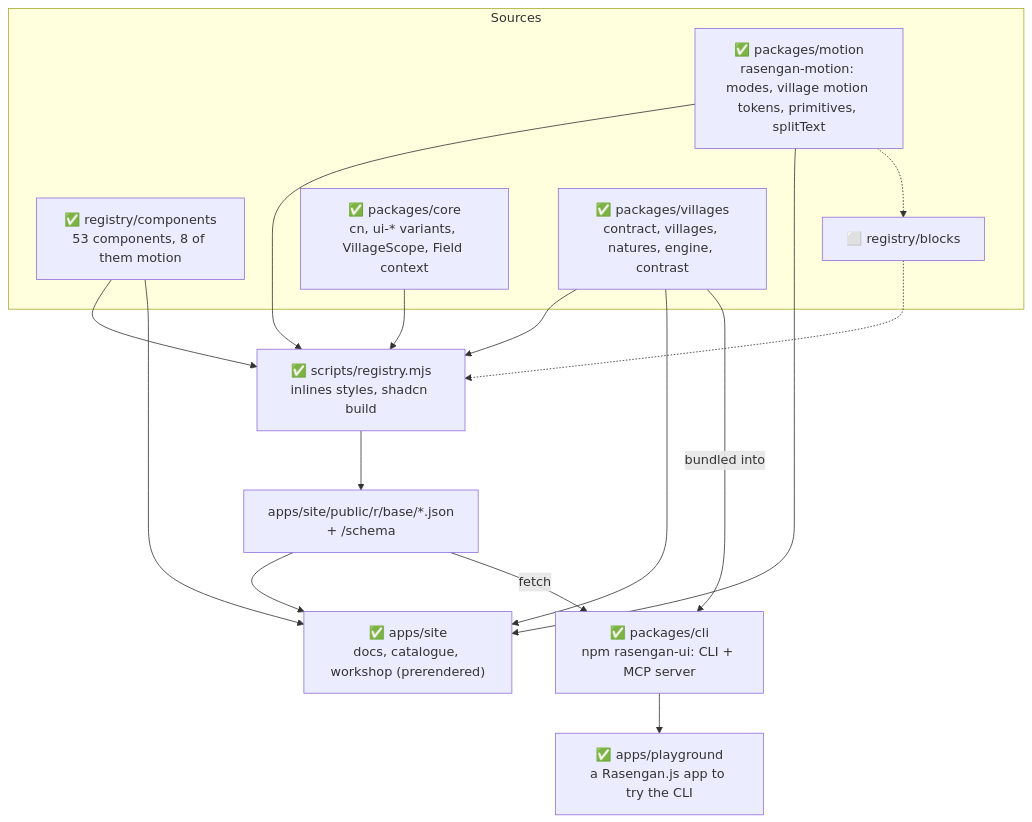
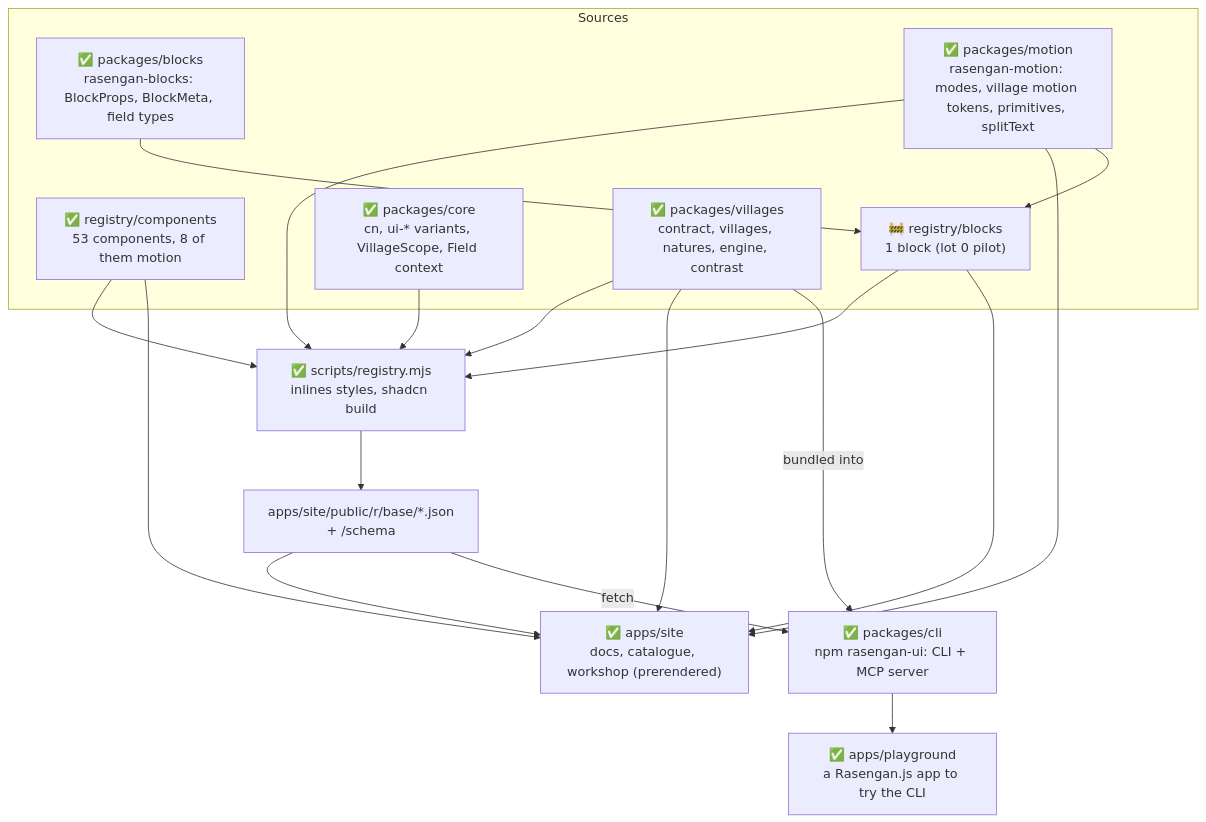
Before and after one commit to rasengan-dev/rasengan-ui: the second of 5 diagrams in docs/architecture.md, drawn with Mermaid. The commit also changed other lines of this file and 49 other files, not shown here.

First line of the commit message:
feat(blocks): RFC-0008 lot 0, block foundations and the cta-banner pilot

````diff
--- a/docs/architecture.md
+++ b/docs/architecture.md
@@ -41,31 +41,34 @@
 ```mermaid
 flowchart TB
   subgraph source[Sources]
     comps["✅ registry/components<br/>53 components, 8 of them motion"]
-    blocks["⬜ registry/blocks"]
+    blocks["🚧 registry/blocks<br/>1 block (lot 0 pilot)"]
+    blockslib["✅ packages/blocks<br/>rasengan-blocks: BlockProps, BlockMeta, field types"]
     core["✅ packages/core<br/>cn, ui-* variants, VillageScope, Field context"]
     villages["✅ packages/villages<br/>contract, villages, natures, engine, contrast"]
     motion["✅ packages/motion<br/>rasengan-motion: modes, village motion tokens, primitives, splitText"]
   end
 
   build["✅ scripts/registry.mjs<br/>inlines styles, shadcn build"]
   public["apps/site/public/r/base/*.json<br/>+ /schema"]
   site["✅ apps/site<br/>docs, catalogue, workshop (prerendered)"]
   cli["✅ packages/cli<br/>npm rasengan-ui: CLI + MCP server"]
   play["✅ apps/playground<br/>a Rasengan.js app to try the CLI"]
 
   comps --> build
   core --> build
   villages --> build
   build --> public
   public --> site
   villages --> site
   comps --> site
   public -- fetch --> cli
   villages -- bundled into --> cli
   cli --> play
   motion --> build
   motion --> site
-  motion -.-> blocks
-  blocks -.-> build
+  motion --> blocks
+  blockslib --> blocks
+  blocks --> build
+  blocks --> site
 ```
````
